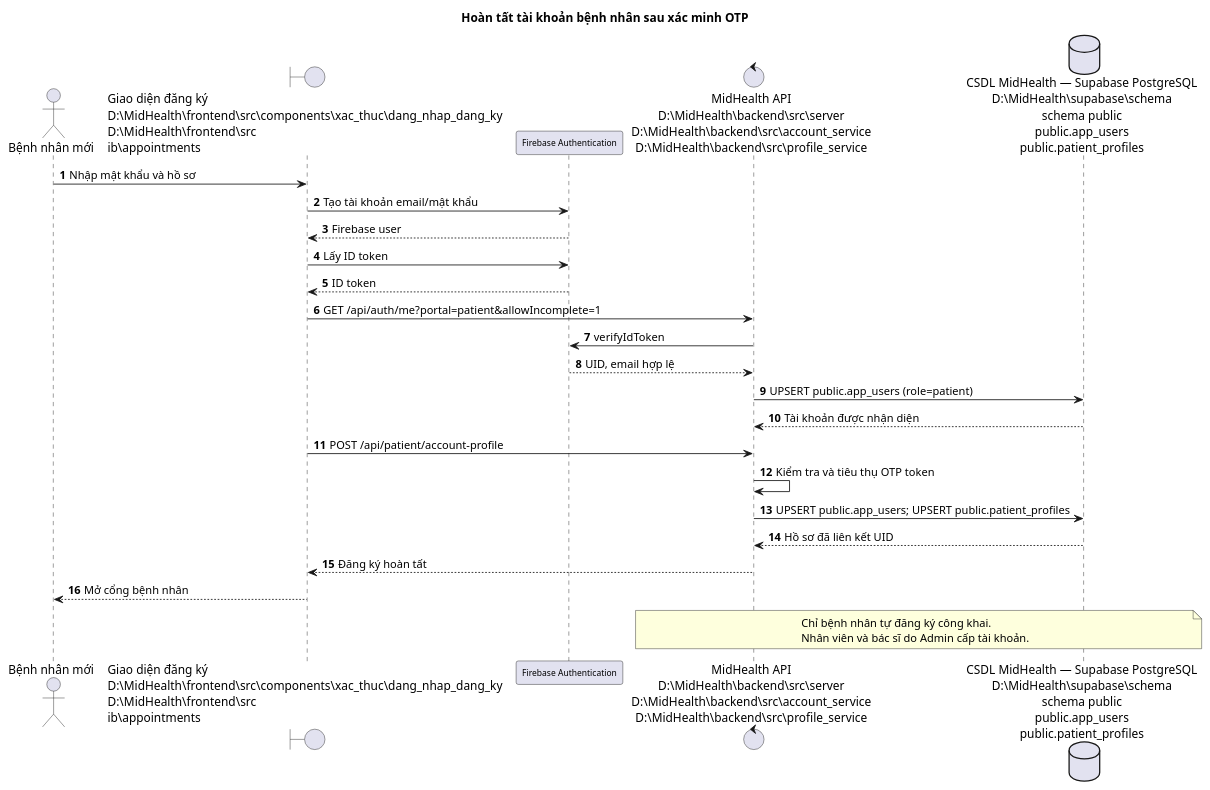
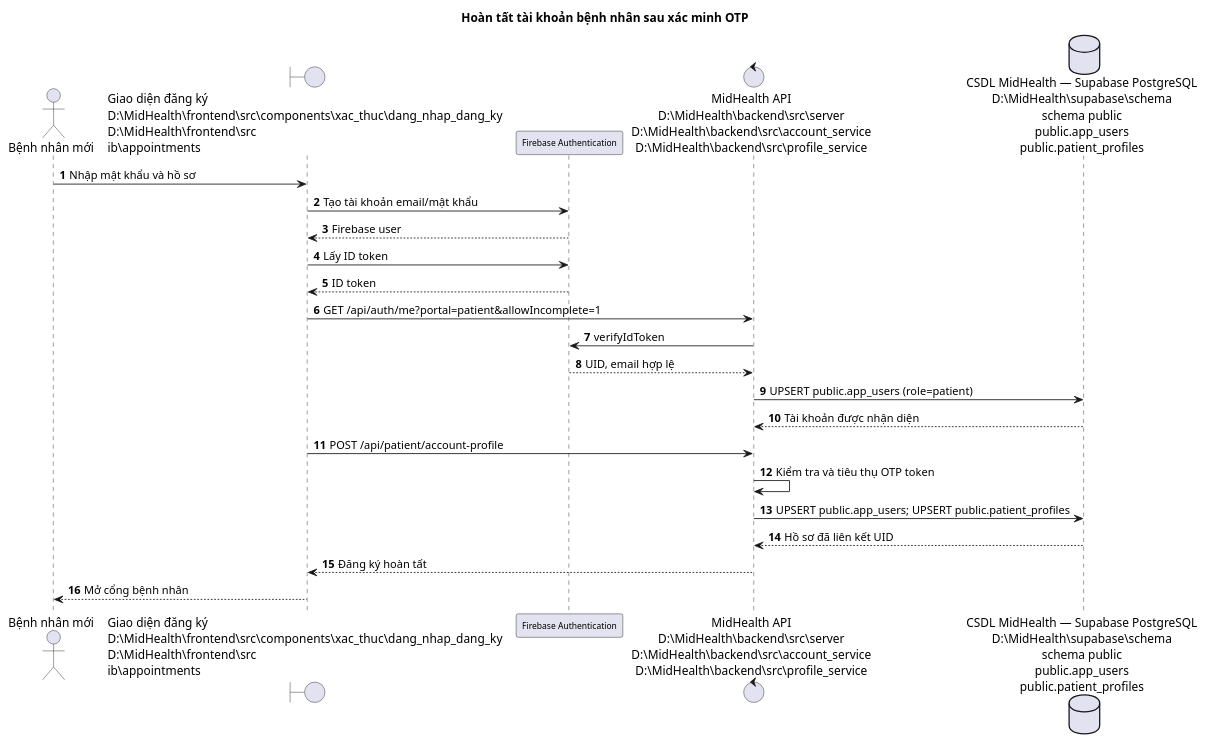
Before and after one commit to hoang09082k4/MidHealth: the diagram in diagram/plantuml/sequence/02_hoan_tat_tai_khoan_benh_nhan.puml, drawn with PlantUML. The commit also changed 39 other files, not shown here.

```diff
--- a/diagram/plantuml/sequence/02_hoan_tat_tai_khoan_benh_nhan.puml
+++ b/diagram/plantuml/sequence/02_hoan_tat_tai_khoan_benh_nhan.puml
@@ -1,31 +1,27 @@
 @startuml
 title Hoàn tất tài khoản bệnh nhân sau xác minh OTP
 autonumber
 skinparam ParticipantFontSize 10
 actor "Bệnh nhân mới" as Patient
 boundary "Giao diện đăng ký\nD:\MidHealth\frontend\src\components\xac_thuc\dang_nhap_dang_ky\nD:\MidHealth\frontend\src\lib\appointments" as UI
 participant "Firebase Authentication" as Firebase
 control "MidHealth API\nD:\MidHealth\backend\src\server\nD:\MidHealth\backend\src\account_service\nD:\MidHealth\backend\src\profile_service" as API
 database "CSDL MidHealth — Supabase PostgreSQL\nD:\MidHealth\supabase\schema\nschema public\npublic.app_users\npublic.patient_profiles" as DB
 
 Patient -> UI: Nhập mật khẩu và hồ sơ
 UI -> Firebase: Tạo tài khoản email/mật khẩu
 Firebase --> UI: Firebase user
 UI -> Firebase: Lấy ID token
 Firebase --> UI: ID token
 UI -> API: GET /api/auth/me?portal=patient&allowIncomplete=1
 API -> Firebase: verifyIdToken
 Firebase --> API: UID, email hợp lệ
 API -> DB: UPSERT public.app_users (role=patient)
 DB --> API: Tài khoản được nhận diện
 UI -> API: POST /api/patient/account-profile
 API -> API: Kiểm tra và tiêu thụ OTP token
 API -> DB: UPSERT public.app_users; UPSERT public.patient_profiles
 DB --> API: Hồ sơ đã liên kết UID
 API --> UI: Đăng ký hoàn tất
 UI --> Patient: Mở cổng bệnh nhân
-note over API,DB
-  Chỉ bệnh nhân tự đăng ký công khai.
-  Nhân viên và bác sĩ do Admin cấp tài khoản.
-end note
 @enduml
```
